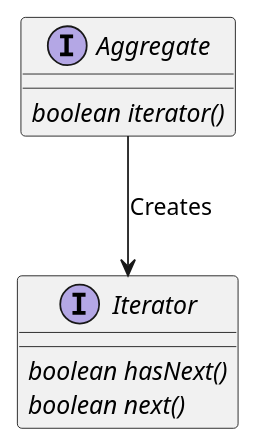
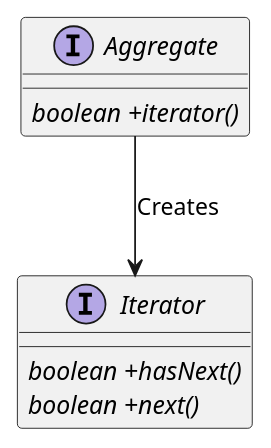
One commit to ku2ma2/design_pattern changed the diagram in php/iterator/README.md. Above: the diagram before and after it, drawn with PlantUML.

Commit message:
Add symbol of public

````diff
--- a/php/iterator/README.md
+++ b/php/iterator/README.md
@@ -4,17 +4,17 @@
 ```uml
 @startuml
 
 
 interface Aggregate {
-    {abstract} boolean iterator()
+    {abstract} boolean +iterator()
 }
 
 interface Iterator {
-    {abstract} boolean hasNext()
-    {abstract} boolean next()
+    {abstract} boolean +hasNext()
+    {abstract} boolean +next()
 }
 
 Aggregate --> Iterator : Creates
 
 @enduml
 ```
````
